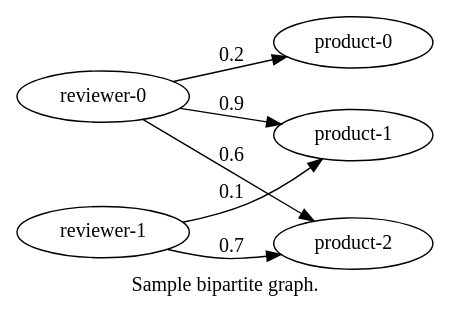
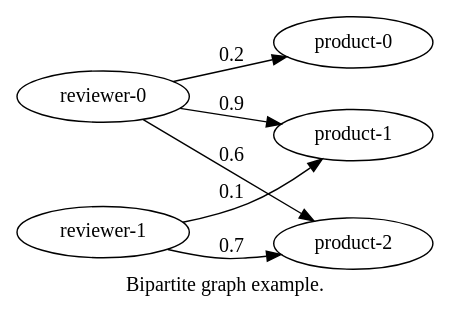
Before and after one commit to rgmining/fraud-eagle: the second of 2 diagrams in docs/source/index.rst, drawn with Graphviz. The commit also changed other lines of this file, not shown here.

Commit message:
Fixed typos in document.

```diff
--- a/docs/source/index.rst
+++ b/docs/source/index.rst
@@ -109,15 +109,15 @@
 .. graphviz::
 
    digraph bipartite {
-      graph [label="Sample bipartite graph.", rankdir = LR];
+      graph [label="Bipartite graph example.", rankdir = LR];
       "reviewer-0";
       "reviewer-1";
       "product-0";
       "product-1";
       "product-2";
       "reviewer-0" -> "product-0" [label="0.2"];
       "reviewer-0" -> "product-1" [label="0.9"];
       "reviewer-0" -> "product-2" [label="0.6"];
       "reviewer-1" -> "product-1" [label="0.1"];
       "reviewer-1" -> "product-2" [label="0.7"];
    }
```
